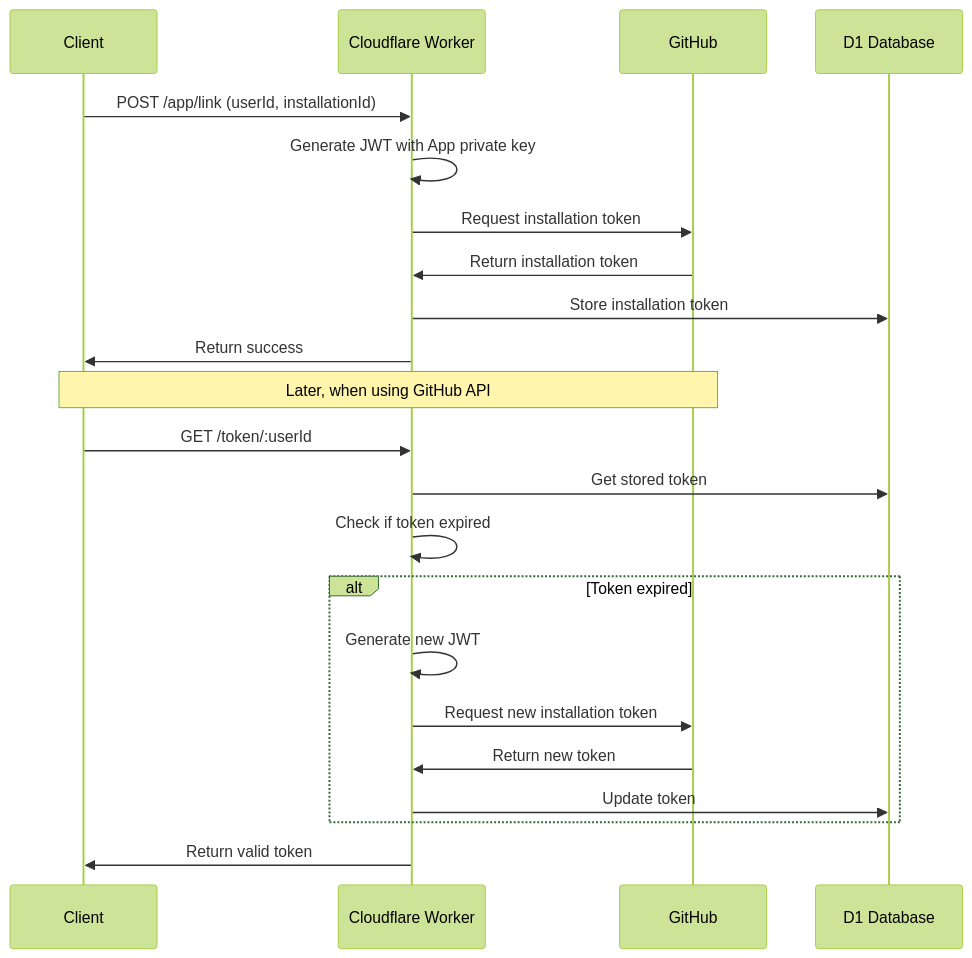
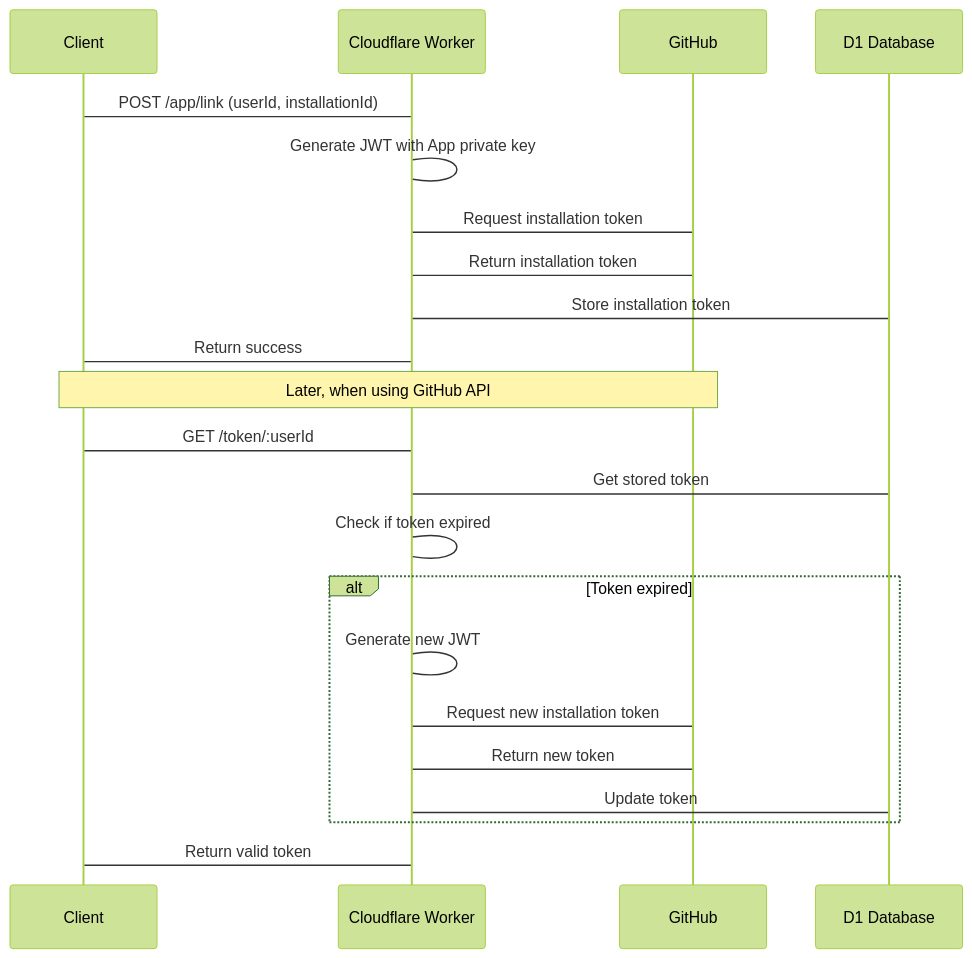
One commit to pollinations/pollinations changed the third of 3 diagrams in model-context-protocol/github-app-auth/README.md. Above: the diagram before and after it, drawn with Mermaid (forest theme). The commit also changed other lines of this file, not shown here.

Commit message:
Fix Mermaid diagram syntax for GitHub compatibility

````diff
--- a/model-context-protocol/github-app-auth/README.md
+++ b/model-context-protocol/github-app-auth/README.md
@@ -57,26 +57,26 @@
 ```mermaid
 sequenceDiagram
     participant Client
     participant Worker as Cloudflare Worker
     participant GitHub
     participant DB as D1 Database
     
-    Client->>Worker: POST /app/link (userId, installationId)
-    Worker->>Worker: Generate JWT with App private key
-    Worker->>GitHub: Request installation token
-    GitHub->>Worker: Return installation token
-    Worker->>DB: Store installation token
-    Worker->>Client: Return success
+    Client->Worker: POST /app/link (userId, installationId)
+    Worker->Worker: Generate JWT with App private key
+    Worker->GitHub: Request installation token
+    GitHub->Worker: Return installation token
+    Worker->DB: Store installation token
+    Worker->Client: Return success
     
     Note over Client,GitHub: Later, when using GitHub API
-    Client->>Worker: GET /token/:userId
-    Worker->>DB: Get stored token
-    Worker->>Worker: Check if token expired
+    Client->Worker: GET /token/:userId
+    Worker->DB: Get stored token
+    Worker->Worker: Check if token expired
     alt Token expired
-        Worker->>Worker: Generate new JWT
-        Worker->>GitHub: Request new installation token
-        GitHub->>Worker: Return new token
-        Worker->>DB: Update token
+        Worker->Worker: Generate new JWT
+        Worker->GitHub: Request new installation token
+        GitHub->Worker: Return new token
+        Worker->DB: Update token
     end
-    Worker->>Client: Return valid token
+    Worker->Client: Return valid token
 ```
````
